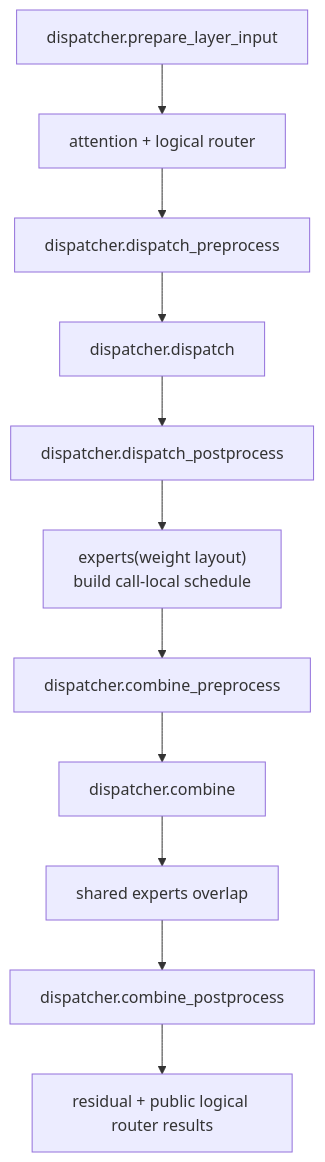
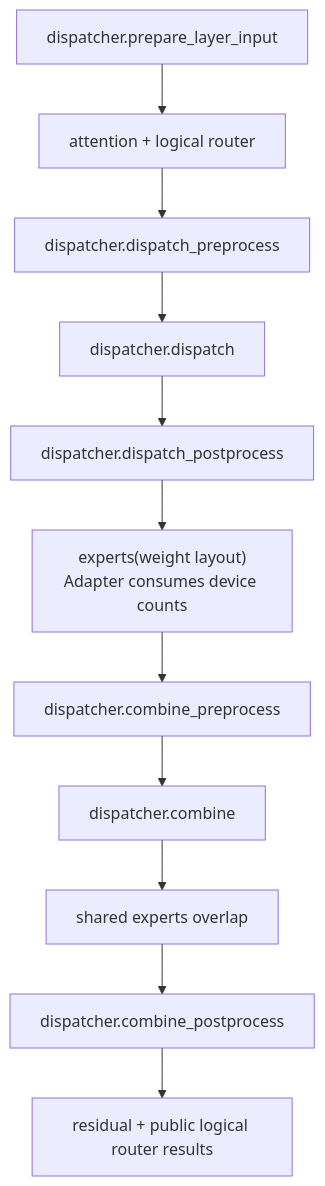
The seventh of 8 diagrams in xtuner_ep_extend.md (jayhenry/xtuner), drawn with Mermaid before and after one commit. The commit also changed other lines of this file and 1 other file, not shown here.

````diff
--- a/xtuner_ep_extend.md
+++ b/xtuner_ep_extend.md
@@ -501,13 +527,13 @@
 ```mermaid
 flowchart TD
     A["dispatcher.prepare_layer_input"] --> B["attention + logical router"]
     B --> C["dispatcher.dispatch_preprocess"]
     C --> D["dispatcher.dispatch"]
     D --> E["dispatcher.dispatch_postprocess"]
-    E --> F["experts(weight layout)<br/>build call-local schedule"]
+    E --> F["experts(weight layout)<br/>Adapter consumes device counts"]
     F --> G["dispatcher.combine_preprocess"]
     G --> H["dispatcher.combine"]
     H --> I["shared experts overlap"]
     I --> J["dispatcher.combine_postprocess"]
     J --> K["residual + public logical router results"]
 ```
````
